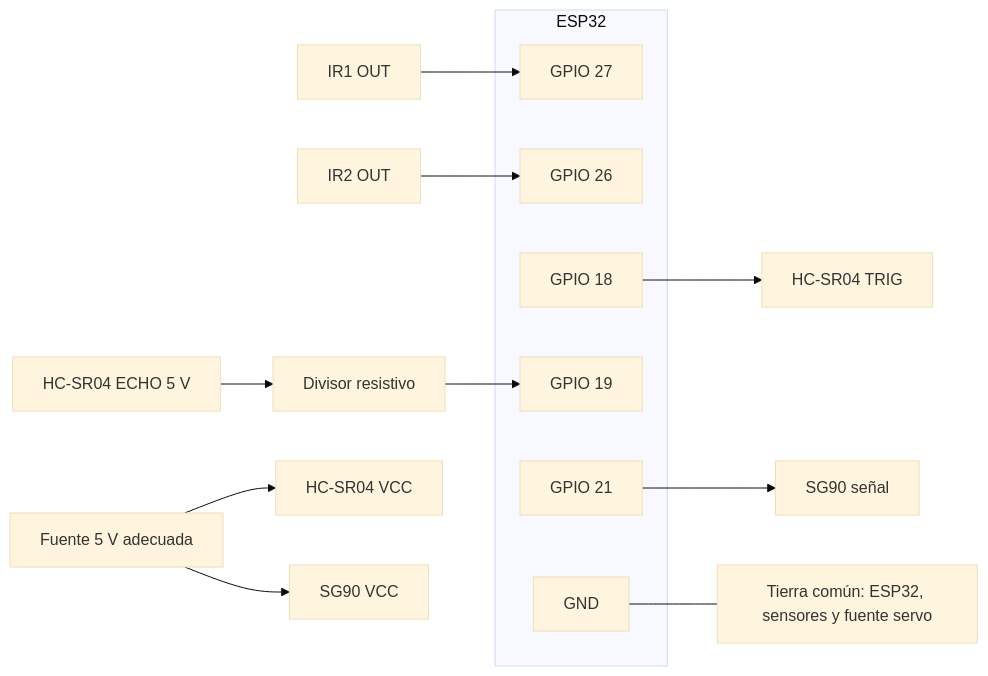
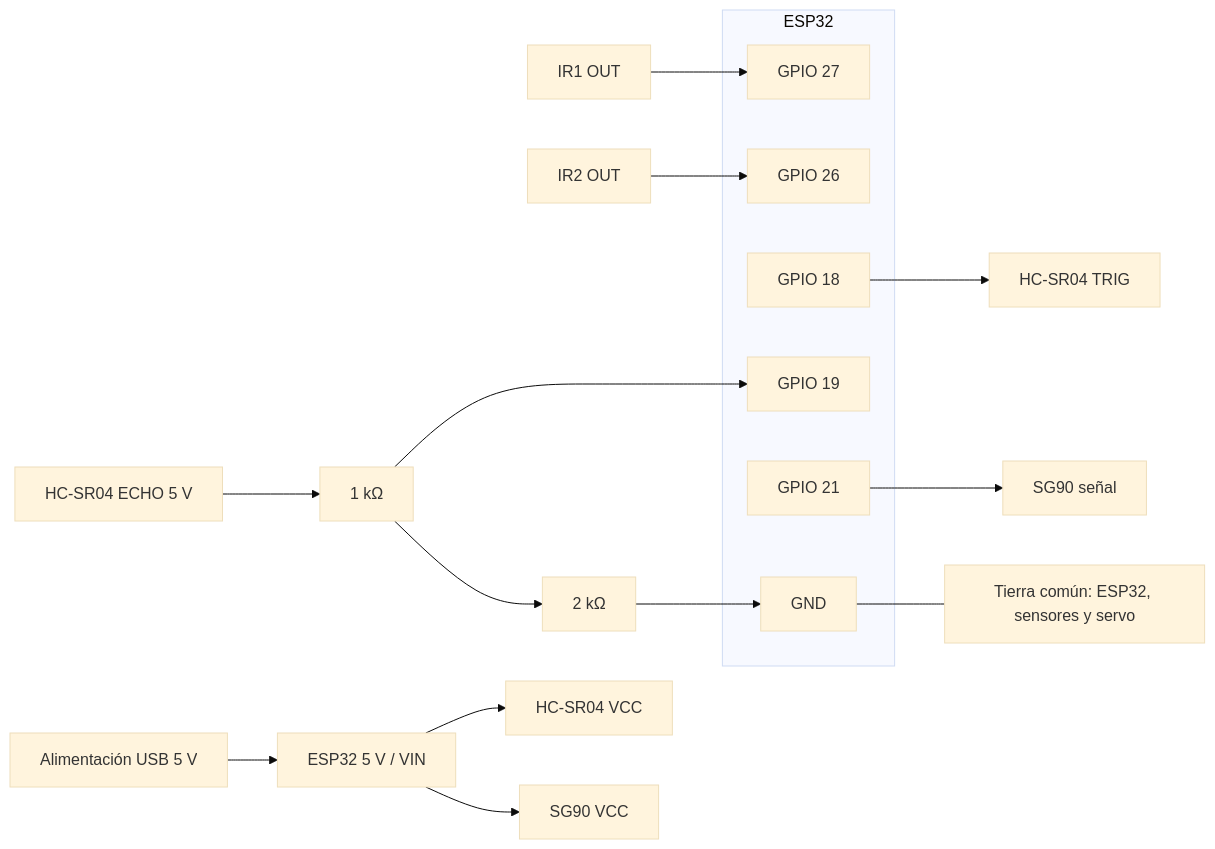
One commit to Lucas-RodriguezAncieta/Practica4_IoT_BasureroInteligente changed the second of 9 diagrams in docs/informe.md. Above: the diagram before and after it, drawn with Mermaid (base theme). The commit also changed other lines of this file and 3 other files, not shown here.

Commit message:
Fix: Diagrama del circuito

````diff
--- a/docs/informe.md
+++ b/docs/informe.md
@@ -100,20 +100,23 @@
 ```mermaid
 flowchart LR
   subgraph E[ESP32]
     G27[GPIO 27] 
     G26[GPIO 26]
     G18[GPIO 18]
     G19[GPIO 19]
     G21[GPIO 21]
     GND[GND]
   end
   I1[IR1 OUT] --> G27
   I2[IR2 OUT] --> G26
   G18 --> TRIG[HC-SR04 TRIG]
-  ECHO[HC-SR04 ECHO 5 V] --> DIV[Divisor resistivo]
-  DIV --> G19
+  ECHO[HC-SR04 ECHO 5 V] --> R1[1 kΩ]
+  R1 --> G19
+  R1 --> R2[2 kΩ]
+  R2 --> GND
   G21 --> PWM[SG90 señal]
-  P5[Fuente 5 V adecuada] --> US[HC-SR04 VCC]
-  P5 --> SV[SG90 VCC]
-  GND --- COMMON[Tierra común: ESP32, sensores y fuente servo]
+  USB[Alimentación USB 5 V] --> VIN[ESP32 5 V / VIN]
+  VIN --> US[HC-SR04 VCC]
+  VIN --> SV[SG90 VCC]
+  GND --- COMMON[Tierra común: ESP32, sensores y servo]
 ```
````
